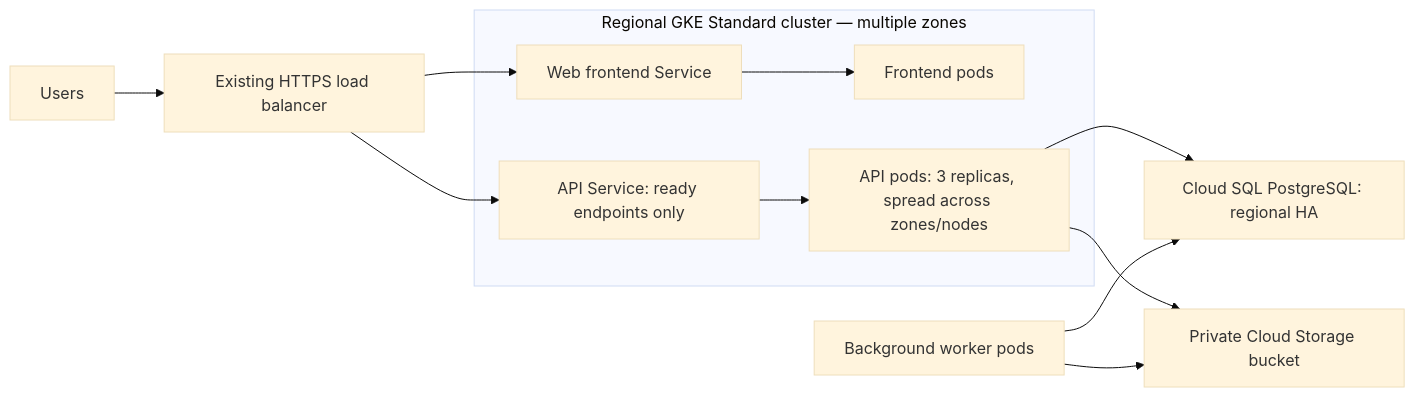
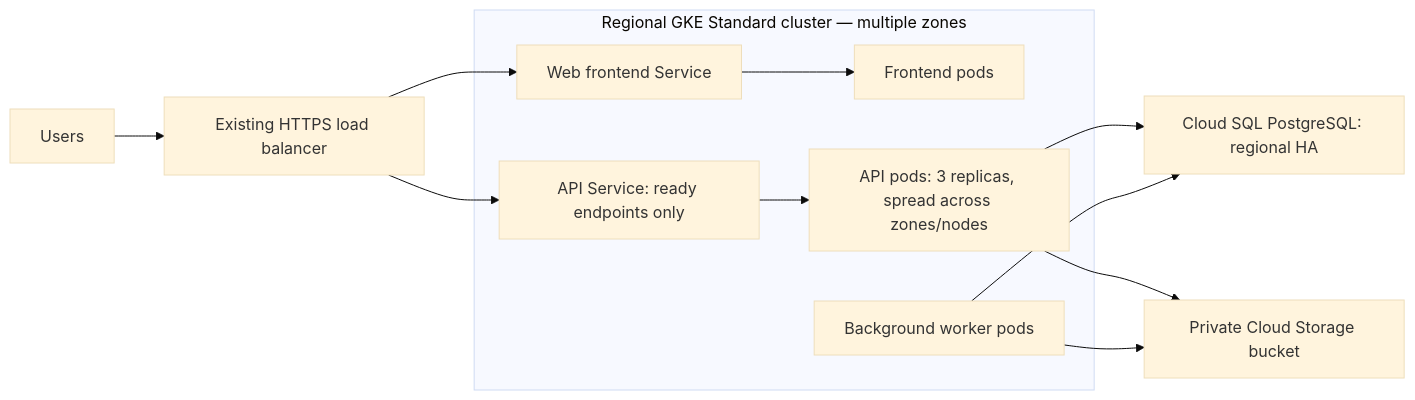
Before and after one commit to ofirhazam-pro/cloud-devops-test-2026-candidates: the diagram in solution/problem-1-availability.md, drawn with Mermaid (base theme). The commit also changed other lines of this file and 5 other files, not shown here.

````diff
--- a/solution/problem-1-availability.md
+++ b/solution/problem-1-availability.md
@@ -43,14 +43,15 @@
 ```mermaid
 flowchart LR
   U[Users] --> LB[Existing HTTPS load balancer]
   LB --> WEB[Web frontend Service]
   LB --> API[API Service: ready endpoints only]
   subgraph GKE[Regional GKE Standard cluster — multiple zones]
     WEB --> W1[Frontend pods]
     API --> A1[API pods: 3 replicas, spread across zones/nodes]
+    WORKER[Background worker pods]
   end
   A1 --> SQL[Cloud SQL PostgreSQL: regional HA]
   A1 --> GCS[Private Cloud Storage bucket]
-  WORKER[Background worker pods] --> SQL
+  WORKER --> SQL
   WORKER --> GCS
 ```
````
